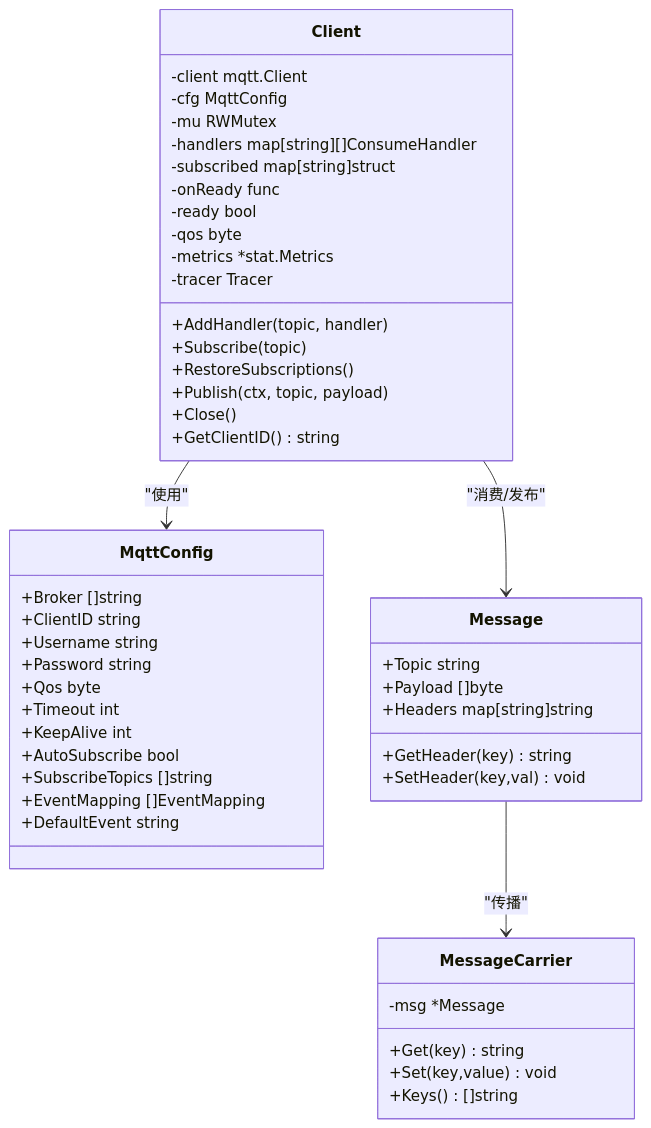
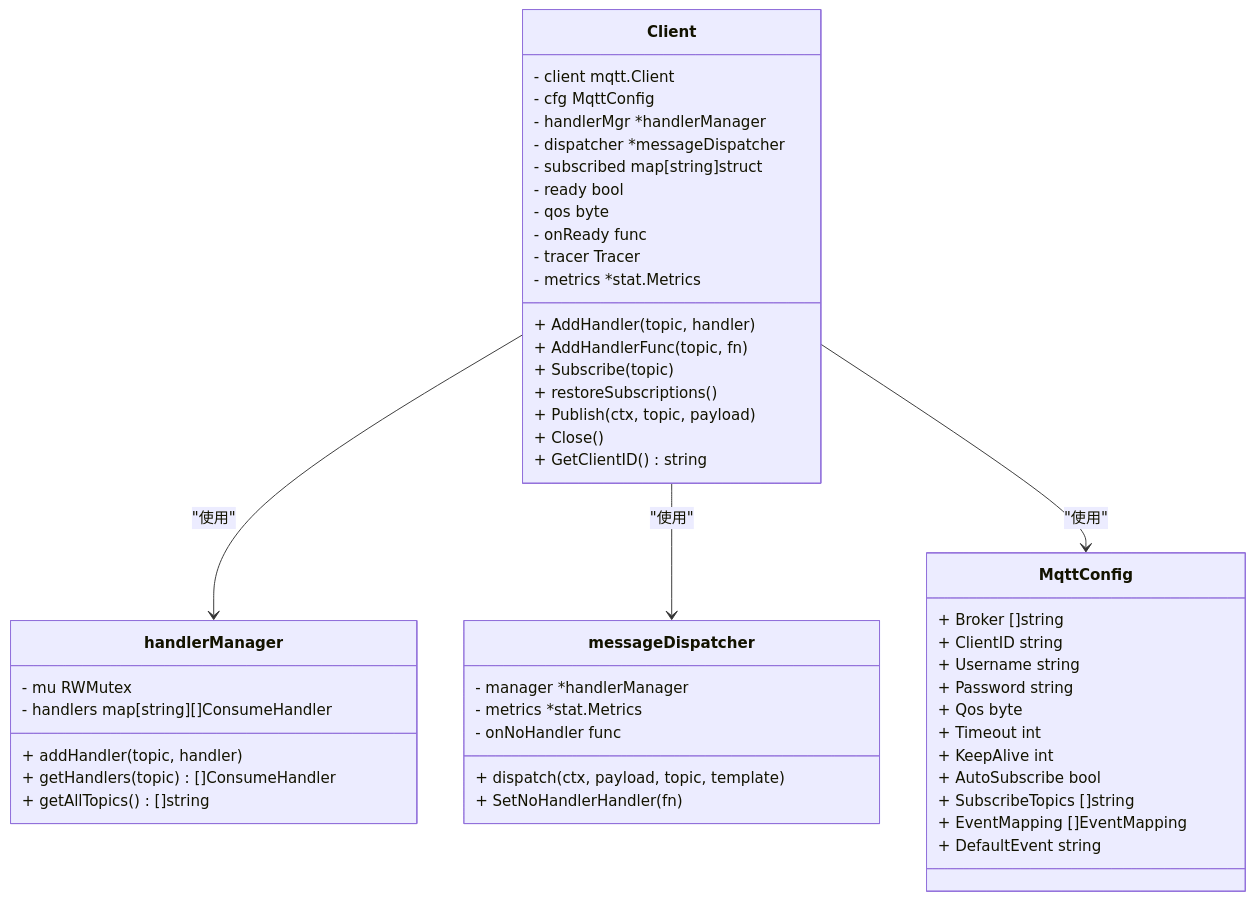
Before and after one commit to maomao94/zero-service: the third of 6 diagrams in .qoder/repowiki/zh/content/公共组件库/协议处理组件/MQTT协议处理组件.md, drawn with Mermaid. The commit also changed other lines of this file and 59 other files, not shown here.

````diff
--- a/.qoder/repowiki/zh/content/公共组件库/协议处理组件/MQTT协议处理组件.md
+++ b/.qoder/repowiki/zh/content/公共组件库/协议处理组件/MQTT协议处理组件.md
@@ -154,50 +176,52 @@
 ```mermaid
 classDiagram
 class Client {
--client mqtt.Client
--cfg MqttConfig
--mu RWMutex
--handlers map[string][]ConsumeHandler
--subscribed map[string]struct
--onReady func
--ready bool
--qos byte
--metrics *stat.Metrics
--tracer Tracer
-+AddHandler(topic, handler)
-+Subscribe(topic)
-+RestoreSubscriptions()
-+Publish(ctx, topic, payload)
-+Close()
-+GetClientID() string
+- client mqtt.Client
+- cfg MqttConfig
+- handlerMgr *handlerManager
+- dispatcher *messageDispatcher
+- subscribed map[string]struct
+- ready bool
+- qos byte
+- onReady func
+- tracer Tracer
+- metrics *stat.Metrics
++ AddHandler(topic, handler)
++ AddHandlerFunc(topic, fn)
++ Subscribe(topic)
++ restoreSubscriptions()
++ Publish(ctx, topic, payload)
++ Close()
++ GetClientID() string
+}
+class handlerManager {
+- mu RWMutex
+- handlers map[string][]ConsumeHandler
++ addHandler(topic, handler)
++ getHandlers(topic) []ConsumeHandler
++ getAllTopics() []string
+}
+class messageDispatcher {
+- manager *handlerManager
+- metrics *stat.Metrics
+- onNoHandler func
++ dispatch(ctx, payload, topic, template)
++ SetNoHandlerHandler(fn)
 }
 class MqttConfig {
-+Broker []string
-+ClientID string
-+Username string
-+Password string
-+Qos byte
-+Timeout int
-+KeepAlive int
-+AutoSubscribe bool
-+SubscribeTopics []string
-+EventMapping []EventMapping
-+DefaultEvent string
++ Broker []string
++ ClientID string
++ Username string
++ Password string
++ Qos byte
++ Timeout int
++ KeepAlive int
++ AutoSubscribe bool
++ SubscribeTopics []string
++ EventMapping []EventMapping
++ DefaultEvent string
 }
-class Message {
-+Topic string
-+Payload []byte
-+Headers map[string]string
-+GetHeader(key) string
-+SetHeader(key,val) void
-}
-class MessageCarrier {
--msg *Message
-+Get(key) string
-+Set(key,value) void
-+Keys() []string
-}
+Client --> handlerManager : "使用"
+Client --> messageDispatcher : "使用"
 Client --> MqttConfig : "使用"
-Client --> Message : "消费/发布"
-Message --> MessageCarrier : "传播"
 ```
````
